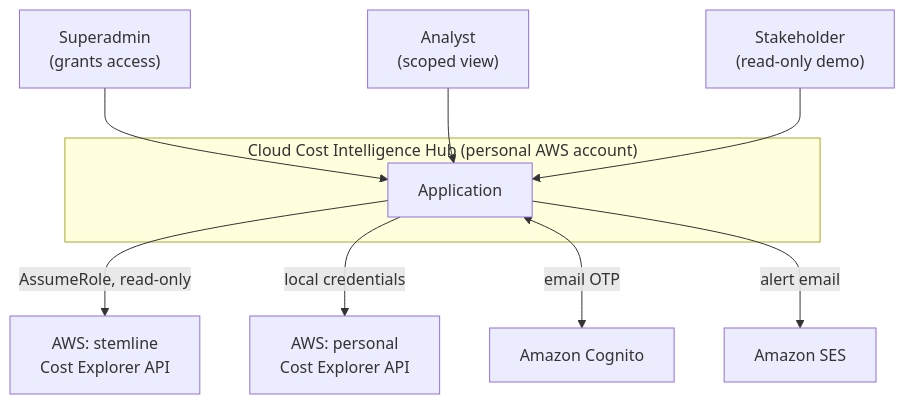
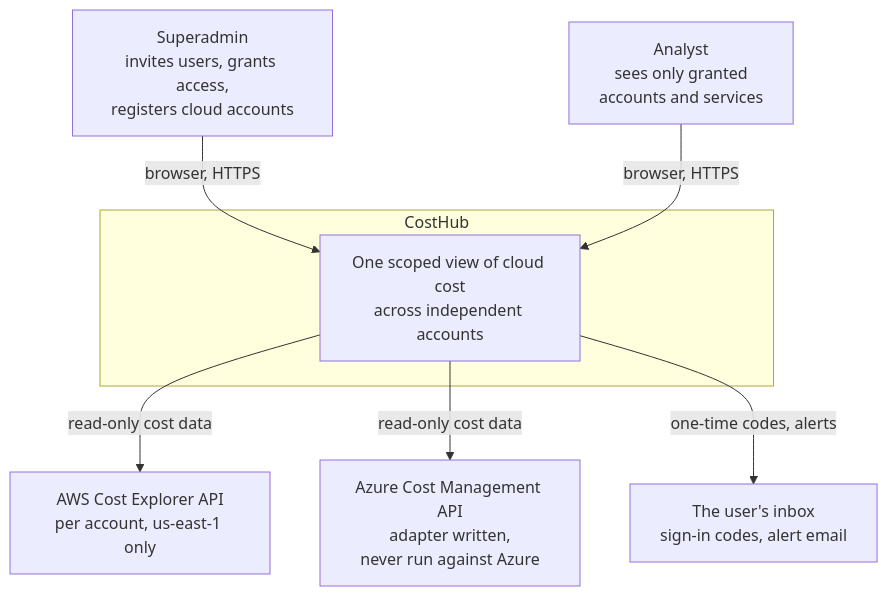
One commit to Hemanth0411/Cloud_Cost_Intelligence_Hub changed the first of 4 diagrams in docs/02-architecture.md. Above: the diagram before and after it, drawn with Mermaid. The commit also changed other lines of this file and 15 other files, not shown here.

````diff
--- a/docs/02-architecture.md
+++ b/docs/02-architecture.md
@@ -7,23 +19,19 @@
 ```mermaid
 graph TB
-    SA["Superadmin<br/>(grants access)"]
-    U["Analyst<br/>(scoped view)"]
-    ST["Stakeholder<br/>(read-only demo)"]
+    SA["Superadmin<br/>invites users, grants access,<br/>registers cloud accounts"]
+    AN["Analyst<br/>sees only granted<br/>accounts and services"]
 
-    subgraph CM["Cloud Cost Intelligence Hub (personal AWS account)"]
-        APP["Application"]
+    subgraph SYS["CostHub"]
+        APP["One scoped view of cloud cost<br/>across independent accounts"]
     end
 
-    PERS["AWS: personal<br/>Cost Explorer API"]
-    STEM["AWS: stemline<br/>Cost Explorer API"]
-    COG["Amazon Cognito"]
-    SES["Amazon SES"]
+    AWSB["AWS Cost Explorer API<br/>per account, us-east-1 only"]
+    AZB["Azure Cost Management API<br/>adapter written,<br/>never run against Azure"]
+    MAIL["The user's inbox<br/>sign-in codes, alert email"]
 
-    SA --> APP
-    U --> APP
-    ST --> APP
-    APP -->|"AssumeRole, read-only"| STEM
-    APP -->|"local credentials"| PERS
-    APP <-->|"email OTP"| COG
-    APP -->|"alert email"| SES
+    SA -->|"browser, HTTPS"| APP
+    AN -->|"browser, HTTPS"| APP
+    APP -->|"read-only cost data"| AWSB
+    APP -->|"read-only cost data"| AZB
+    APP -->|"one-time codes, alerts"| MAIL
 ```
````
